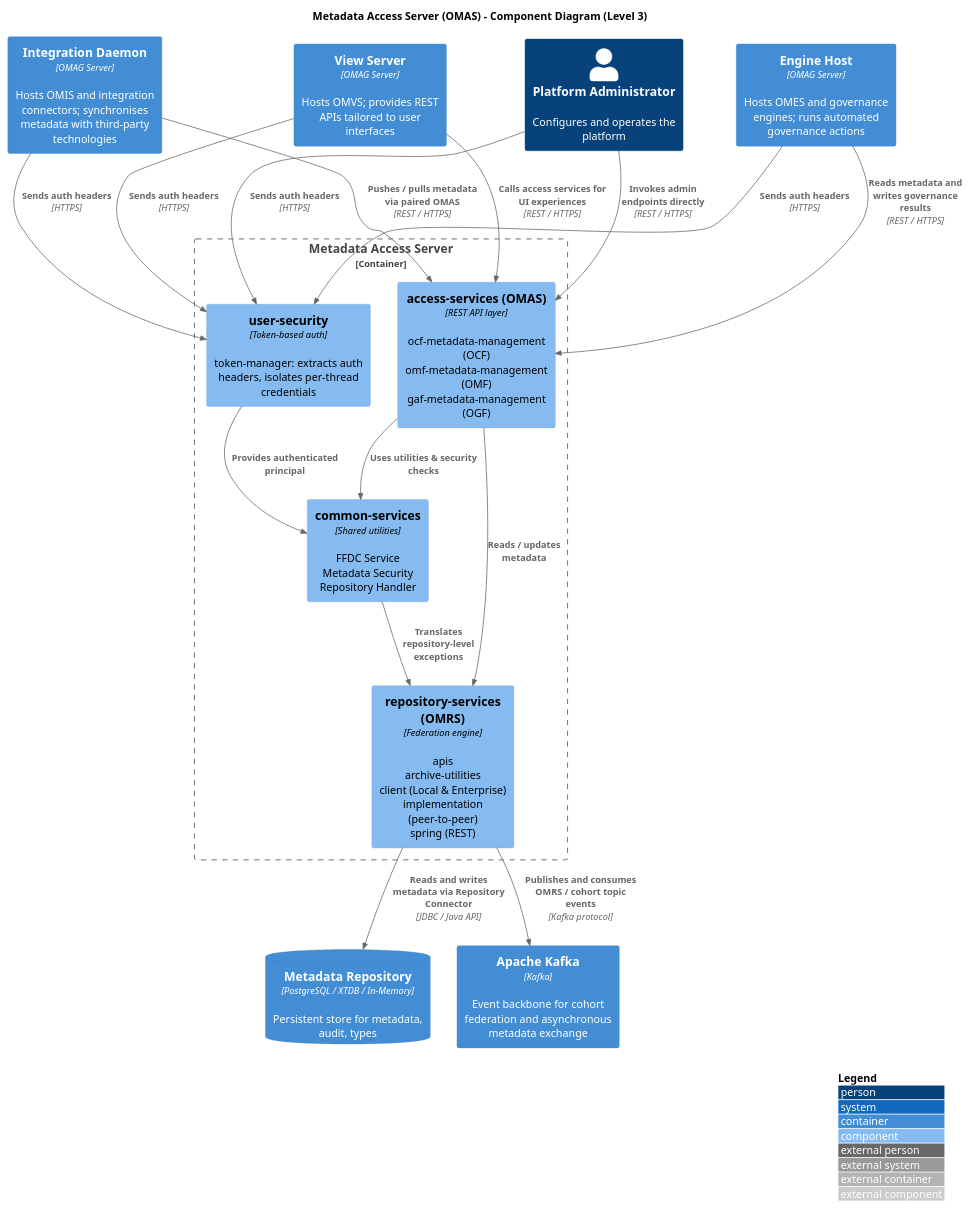
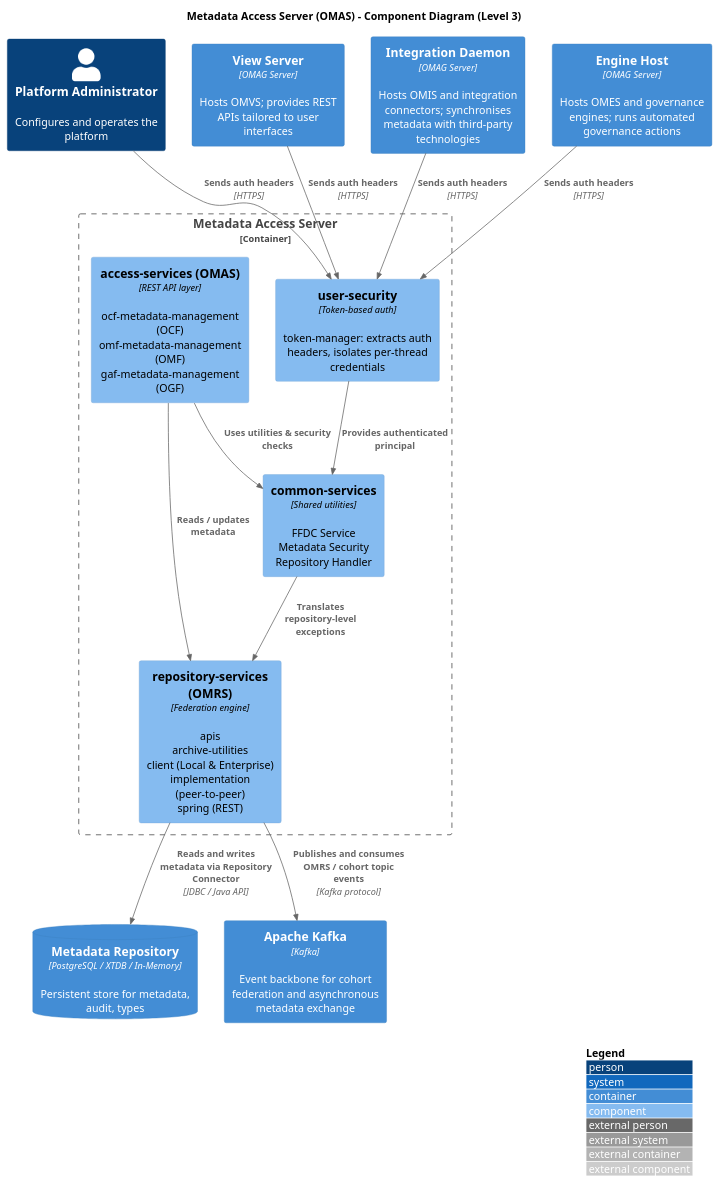
Before and after one commit to PoliTO-SwDA-2026-Team18/project: the diagram in diagrams/c4/component-metadata-access-server.puml, drawn with PlantUML.

Commit message:
fix: entries in the diagram

```diff
--- a/diagrams/c4/component-metadata-access-server.puml
+++ b/diagrams/c4/component-metadata-access-server.puml
@@ -1,45 +1,42 @@
 @startuml C4_Component_MetadataAccessServer
 !include https://raw.githubusercontent.com/plantuml-stdlib/C4-PlantUML/master/C4_Component.puml
 
 LAYOUT_WITH_LEGEND()
 
 title Metadata Access Server (OMAS) - Component Diagram (Level 3)
 
 Person(admin,   "Platform Administrator", "Configures and operates the platform")
 Container(view,   "View Server",         "OMAG Server", "Hosts OMVS; provides REST APIs tailored to user interfaces")
 Container(intd,   "Integration Daemon",  "OMAG Server", "Hosts OMIS and integration connectors; synchronises metadata with third-party technologies")
 Container(engine, "Engine Host",         "OMAG Server", "Hosts OMES and governance engines; runs automated governance actions")
 ContainerDb(dataRepo, "Metadata Repository", "PostgreSQL / XTDB / In-Memory", "Persistent store for metadata, audit, types")
 Container(msgBus, "Apache Kafka", "Kafka", "Event backbone for cohort federation and asynchronous metadata exchange")
 
 Container_Boundary(mas, "Metadata Access Server") {
 
     Component(userSec, "user-security", "Token-based auth", "token-manager: extracts auth headers, isolates per-thread credentials")
 
     Component(access, "access-services (OMAS)", "REST API layer", "ocf-metadata-management (OCF)\nomf-metadata-management (OMF)\ngaf-metadata-management (OGF)")
 
     Component(common, "common-services", "Shared utilities", "FFDC Service\nMetadata Security\nRepository Handler")
 
     Component(omrs, "repository-services (OMRS)", "Federation engine", "apis\narchive-utilities\nclient (Local & Enterprise)\nimplementation (peer-to-peer)\nspring (REST)")
 }
 
 Rel(admin,   userSec, "Sends auth headers", "HTTPS")
 Rel(view,    userSec, "Sends auth headers", "HTTPS")
 Rel(intd,    userSec, "Sends auth headers", "HTTPS")
 Rel(engine,  userSec, "Sends auth headers", "HTTPS")
 
-Rel(admin,   access, "Invokes admin endpoints directly", "REST / HTTPS")
-Rel(view,    access, "Calls access services for UI experiences", "REST / HTTPS")
-Rel(intd,    access, "Pushes / pulls metadata via paired OMAS", "REST / HTTPS")
-Rel(engine,  access, "Reads metadata and writes governance results", "REST / HTTPS")
+
 
 Rel(access, common, "Uses utilities & security checks")
 Rel(access, omrs, "Reads / updates metadata")
 
 Rel(common, omrs, "Translates repository-level exceptions")
 Rel(userSec, common, "Provides authenticated principal")
 
 Rel(omrs, dataRepo, "Reads and writes metadata via Repository Connector", "JDBC / Java API")
 Rel(omrs, msgBus, "Publishes and consumes OMRS / cohort topic events", "Kafka protocol")
 
 @enduml
```
